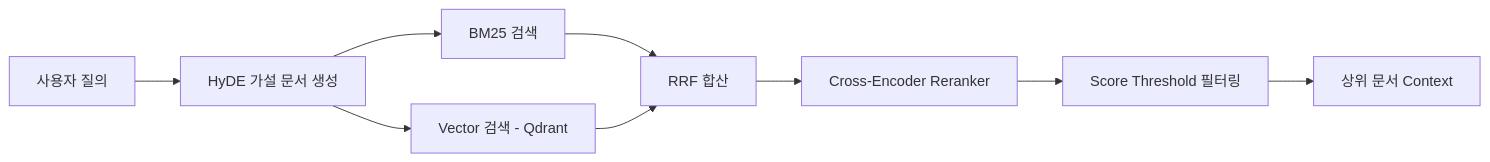
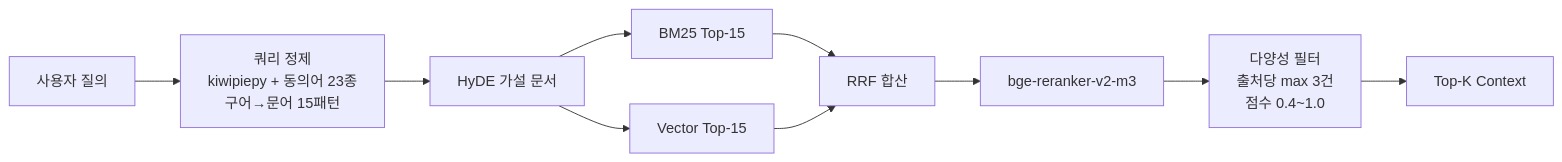
Before and after one commit to SKNETWORKS-FAMILY-AICAMP/SKN21-FINAL-3TEAM: the sixth of 6 diagrams in README.md, drawn with Mermaid. The commit also changed other lines of this file, not shown here.

````diff
--- a/README.md
+++ b/README.md
@@ -718,11 +509,12 @@
 ```mermaid
 flowchart LR
-    Q[사용자 질의] --> HyDE[HyDE 가설 문서 생성]
-    HyDE --> BM25[BM25 검색]
-    HyDE --> Vec[Vector 검색 - Qdrant]
+    Q[사용자 질의] --> Refine[쿼리 정제<br/>kiwipiepy + 동의어 23종<br/>구어→문어 15패턴]
+    Refine --> HyDE[HyDE 가설 문서]
+    HyDE --> BM25[BM25 Top-15]
+    HyDE --> Vec[Vector Top-15]
     BM25 --> RRF[RRF 합산]
     Vec --> RRF
-    RRF --> Rerank[Cross-Encoder Reranker]
-    Rerank --> Filter[Score Threshold 필터링]
-    Filter --> Context[상위 문서 Context]
+    RRF --> Rerank[bge-reranker-v2-m3]
+    Rerank --> Filter[다양성 필터<br/>출처당 max 3건<br/>점수 0.4~1.0]
+    Filter --> Context[Top-K Context]
 ```
````
